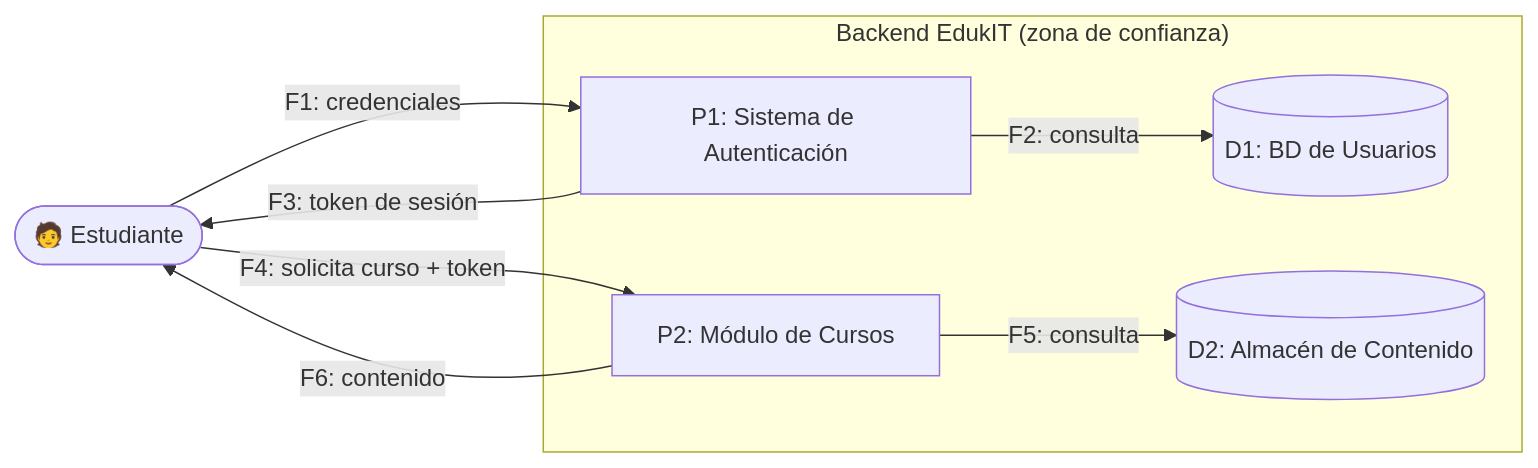
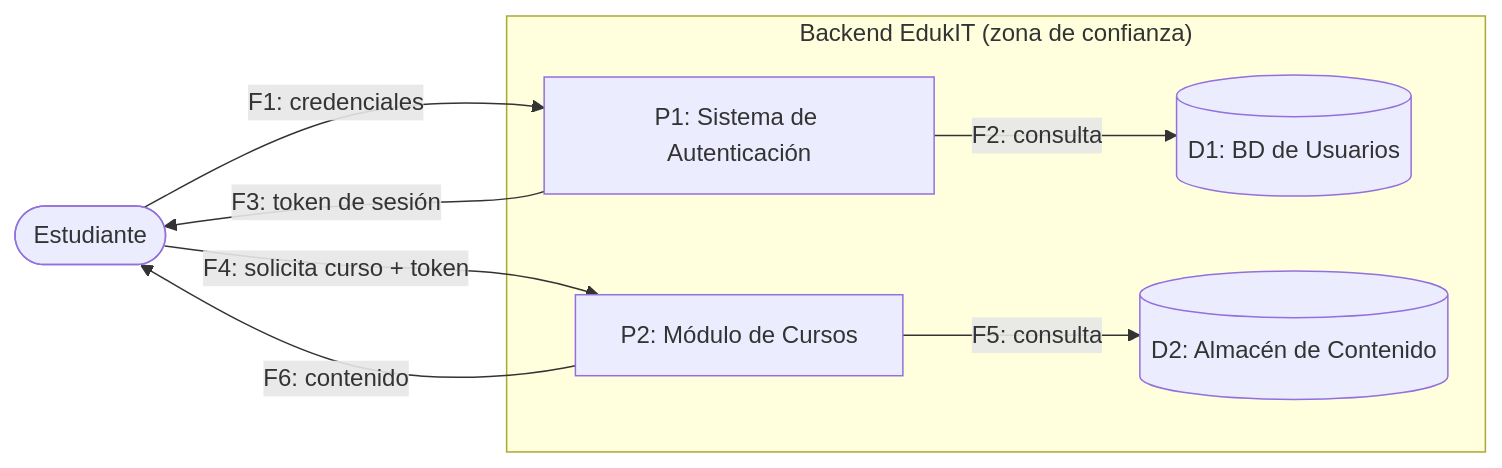
One commit to CesarAVegaF312/AREM-Taller_5_Seguridad changed the first of 2 diagrams in clase/guia_paso_a_paso_stride.md. Above: the diagram before and after it, drawn with Mermaid. The commit also changed other lines of this file and 4 other files, not shown here.

````diff
--- a/clase/guia_paso_a_paso_stride.md
+++ b/clase/guia_paso_a_paso_stride.md
@@ -40,18 +40,18 @@
 ```mermaid
 flowchart LR
-    estudiante(["🧑 Estudiante"])
+    estudiante(["Estudiante"])
 
     subgraph backend["Backend EdukIT (zona de confianza)"]
         auth["P1: Sistema de Autenticación"]
         cursos["P2: Módulo de Cursos"]
         dbusuarios[("D1: BD de Usuarios")]
         dbcontenido[("D2: Almacén de Contenido")]
     end
 
     estudiante -->|"F1: credenciales"| auth
     auth -->|"F2: consulta"| dbusuarios
     auth -->|"F3: token de sesión"| estudiante
     estudiante -->|"F4: solicita curso + token"| cursos
     cursos -->|"F5: consulta"| dbcontenido
     cursos -->|"F6: contenido"| estudiante
 ```
````
